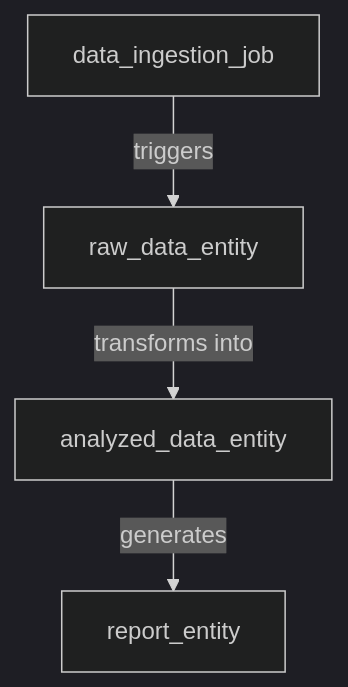
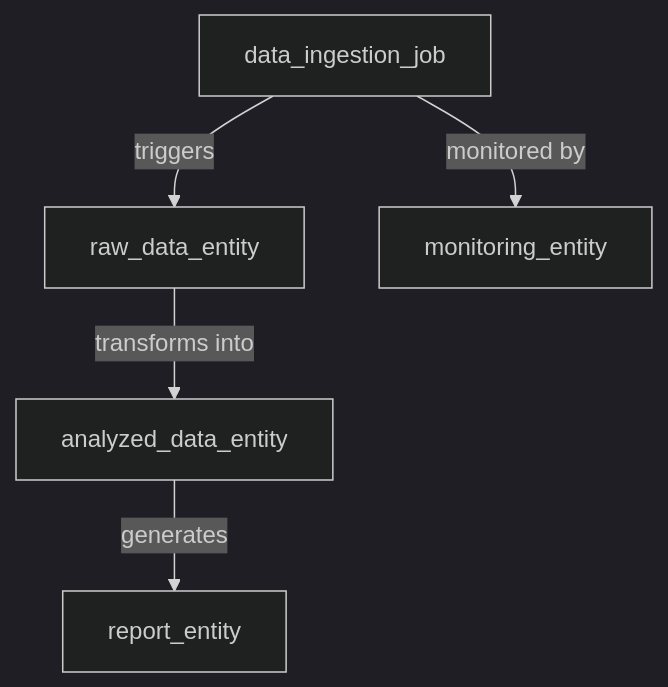
One commit to Ksenniya/quart-client-template changed the second of 4 diagrams in entity/app_design_prd.md. Above: the diagram before and after it, drawn with Mermaid (dark theme). The commit also changed other lines of this file, not shown here.

Commit message:
saved entity/app_design_prd.md: 6ec4d3b0-dcf0-11ef-a0ea-40c2ba0ac9eb

````diff
--- a/entity/app_design_prd.md
+++ b/entity/app_design_prd.md
@@ -50,6 +55,7 @@
 ```mermaid
 graph TD;
     A[data_ingestion_job] -->|triggers| B[raw_data_entity];
     B -->|transforms into| C[analyzed_data_entity];
     C -->|generates| D[report_entity];
+    A -->|monitored by| E[monitoring_entity];
 ```
````
